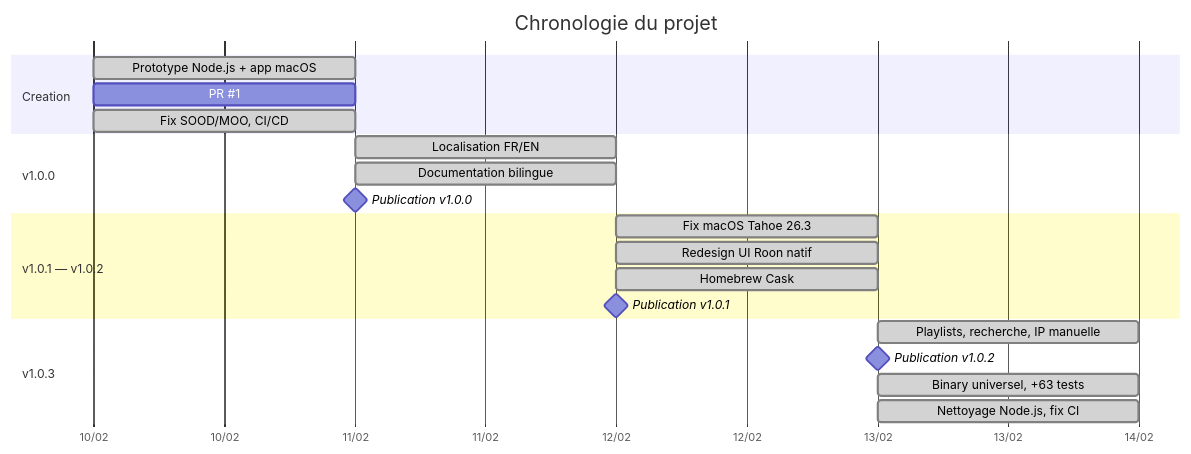
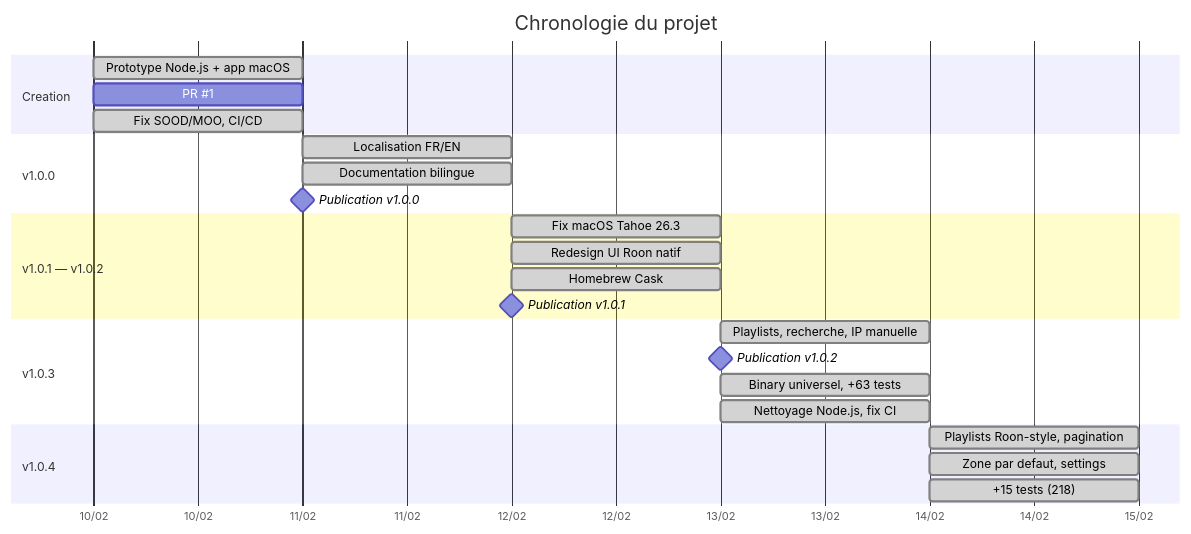
Before and after one commit to renesenses/roon-controller: the diagram in docs/PROJECT_JOURNAL.md, drawn with Mermaid. The commit also changed other lines of this file and 10 other files, not shown here.

````diff
--- a/docs/PROJECT_JOURNAL.md
+++ b/docs/PROJECT_JOURNAL.md
@@ -7,28 +7,33 @@
 ```mermaid
 gantt
     title Chronologie du projet
     dateFormat YYYY-MM-DD
     axisFormat %d/%m
 
     section Creation
     Prototype Node.js + app macOS       :done, 2026-02-10, 1d
     PR #1 : Swift natif                 :done, 2026-02-10, 1d
     Fix SOOD/MOO, CI/CD                 :done, 2026-02-10, 1d
 
     section v1.0.0
     Localisation FR/EN                  :done, 2026-02-11, 1d
     Documentation bilingue              :done, 2026-02-11, 1d
     Publication v1.0.0                  :milestone, 2026-02-11, 0d
 
     section v1.0.1 — v1.0.2
     Fix macOS Tahoe 26.3               :done, 2026-02-12, 1d
     Redesign UI Roon natif              :done, 2026-02-12, 1d
     Homebrew Cask                       :done, 2026-02-12, 1d
     Publication v1.0.1                  :milestone, 2026-02-12, 0d
 
     section v1.0.3
     Playlists, recherche, IP manuelle   :done, 2026-02-13, 1d
     Publication v1.0.2                  :milestone, 2026-02-13, 0d
     Binary universel, +63 tests         :done, 2026-02-13, 1d
     Nettoyage Node.js, fix CI           :done, 2026-02-13, 1d
+
+    section v1.0.4
+    Playlists Roon-style, pagination    :done, 2026-02-14, 1d
+    Zone par defaut, settings           :done, 2026-02-14, 1d
+    +15 tests (218)                     :done, 2026-02-14, 1d
 ```
````
